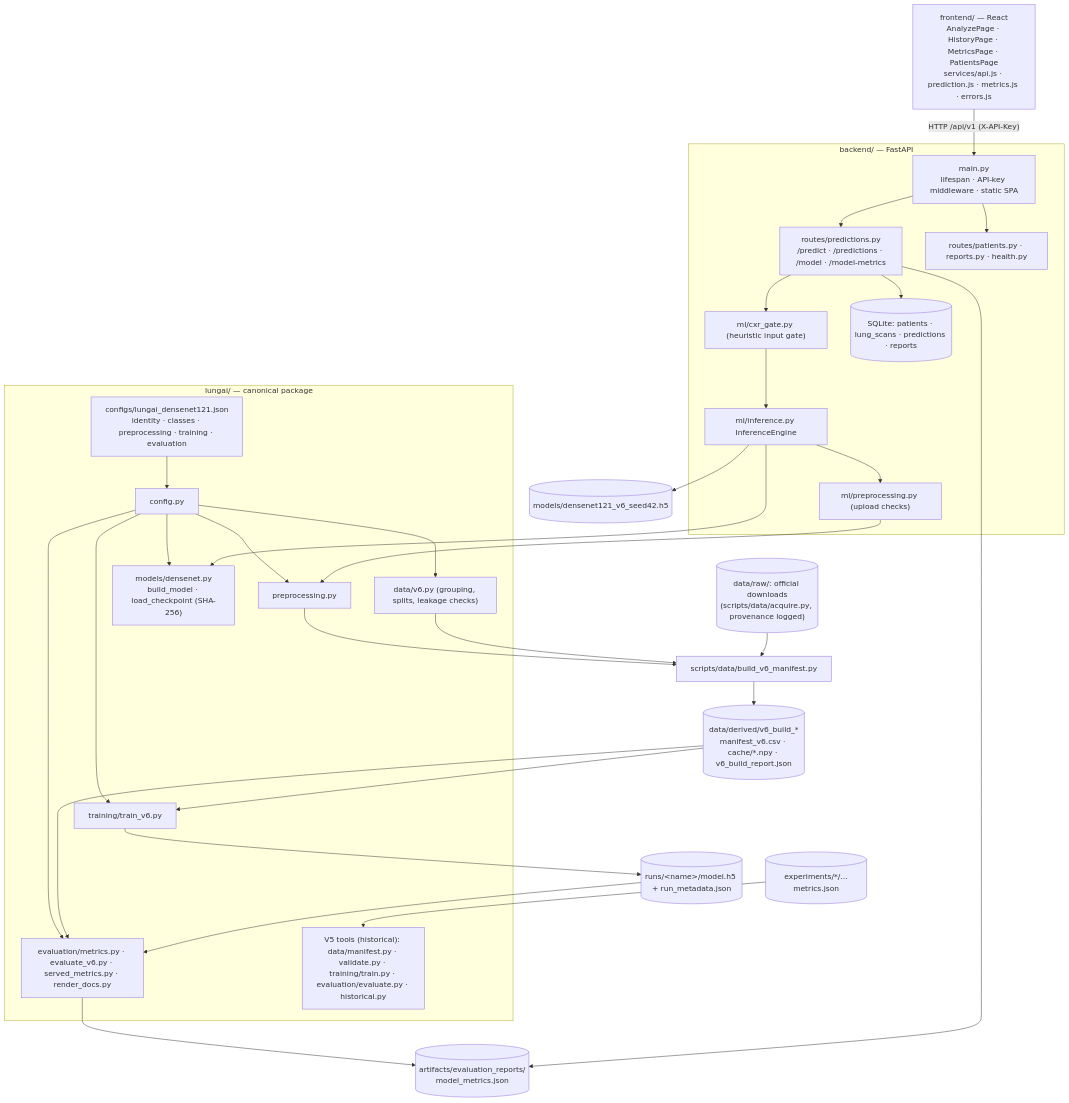
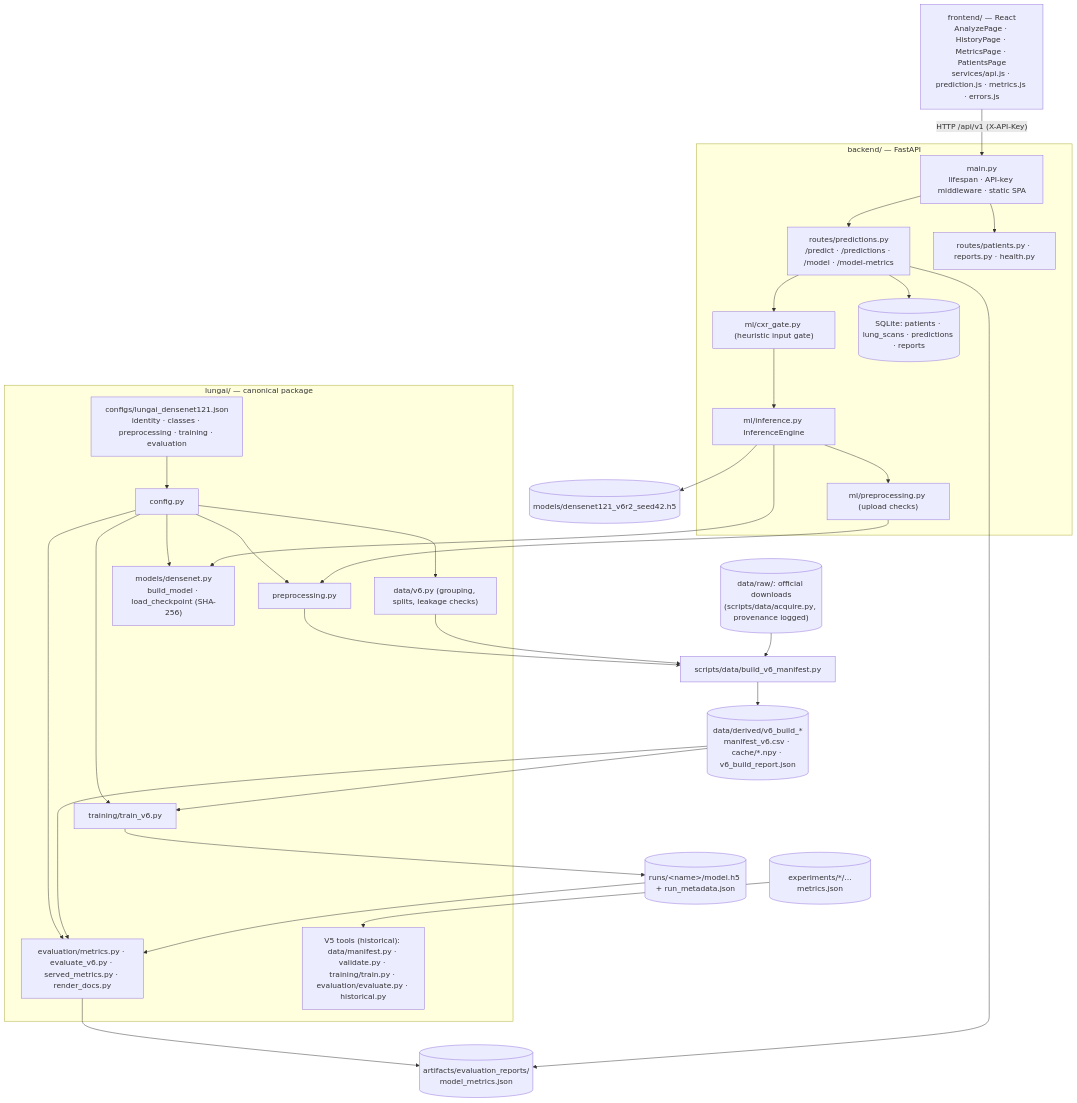
The diagram in docs/architecture.md (KSathwik/Lung_Disease_Detector), drawn with Mermaid before and after one commit. The commit also changed 20 other files, not shown here.

````diff
--- a/docs/architecture.md
+++ b/docs/architecture.md
@@ -3,40 +3,40 @@
 ```mermaid
 flowchart TB
   subgraph PKG["lungai/ — canonical package"]
     CFG["configs/lungai_densenet121.json<br/>identity · classes · preprocessing · training · evaluation"]
     CONF["config.py"]
     PRE["preprocessing.py"]
     MAN["data/v6.py (grouping, splits, leakage checks)"]
     MOD["models/densenet.py<br/>build_model · load_checkpoint (SHA-256)"]
     TRN["training/train_v6.py"]
     EVA["evaluation/metrics.py · evaluate_v6.py · served_metrics.py · render_docs.py"]
     HIST["V5 tools (historical): data/manifest.py · validate.py · training/train.py · evaluation/evaluate.py · historical.py"]
     CFG --> CONF --> PRE & MAN & MOD & TRN & EVA
   end
   RAW[("data/raw/: official downloads<br/>(scripts/data/acquire.py, provenance logged)")] --> BLD["scripts/data/build_v6_manifest.py"]
   PRE --> BLD
   MAN --> BLD --> DATA[("data/derived/v6_build_*<br/>manifest_v6.csv · cache/*.npy · v6_build_report.json")]
   DATA --> TRN --> RUNS[("runs/&lt;name&gt;/model.h5 + run_metadata.json")]
   DATA --> EVA
   RUNS --> EVA
   EVA --> ART[("artifacts/evaluation_reports/<br/>model_metrics.json")]
   EXP[("experiments/*/…metrics.json")] --> HIST
 
   subgraph BE["backend/ — FastAPI"]
     MAIN["main.py<br/>lifespan · API-key middleware · static SPA"]
     R1["routes/predictions.py<br/>/predict · /predictions · /model · /model-metrics"]
     R2["routes/patients.py · reports.py · health.py"]
     GATE["ml/cxr_gate.py (heuristic input gate)"]
     ENG["ml/inference.py InferenceEngine"]
     BPRE["ml/preprocessing.py (upload checks)"]
     DB[("SQLite: patients · lung_scans · predictions · reports")]
     MAIN --> R1 & R2
     R1 --> GATE --> ENG --> BPRE
     R1 --> DB
   end
   BPRE --> PRE
   ENG --> MOD
-  ENG --> CK[("models/densenet121_v6_seed42.h5")]
+  ENG --> CK[("models/densenet121_v6r2_seed42.h5")]
   R1 --> ART
   FE["frontend/ — React<br/>AnalyzePage · HistoryPage · MetricsPage · PatientsPage<br/>services/api.js · prediction.js · metrics.js · errors.js"] -- "HTTP /api/v1 (X-API-Key)" --> MAIN
 ```
````
